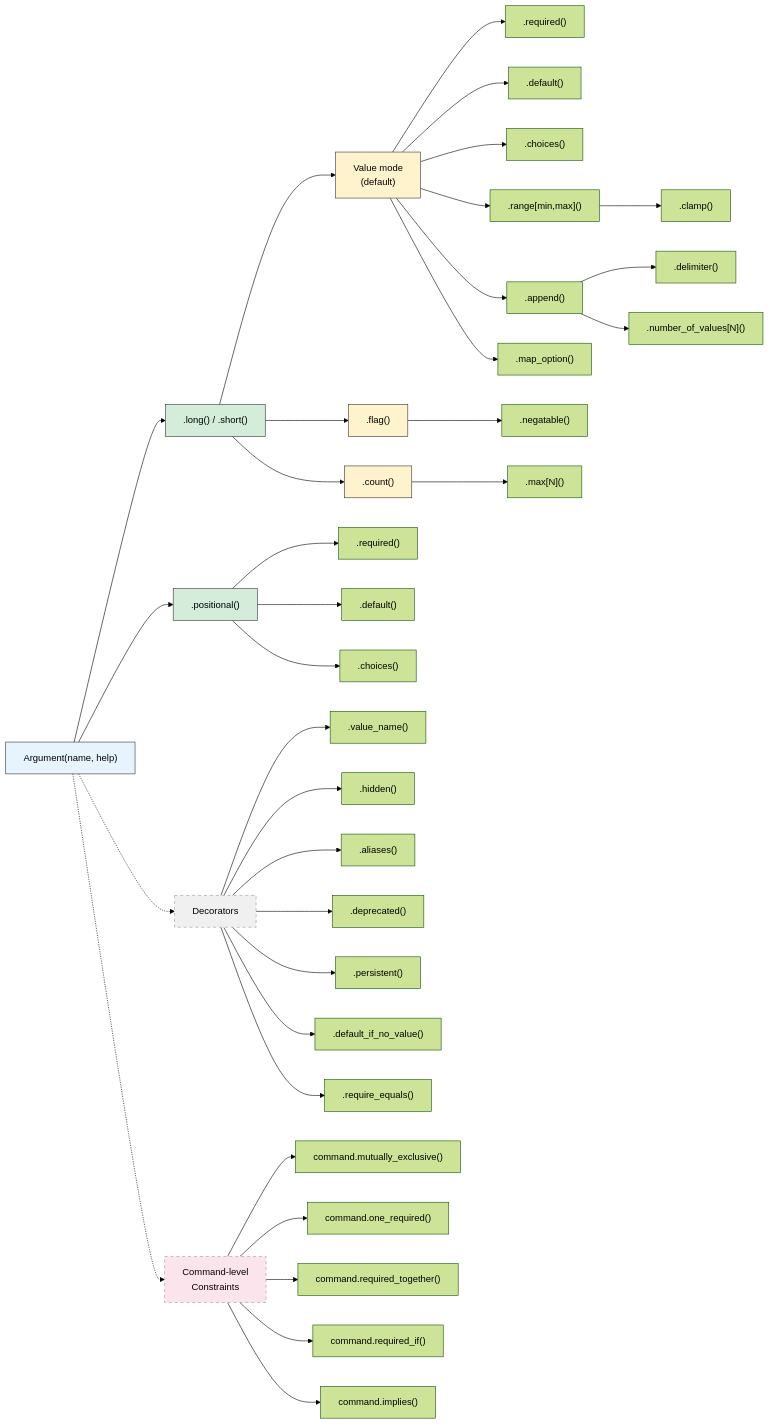
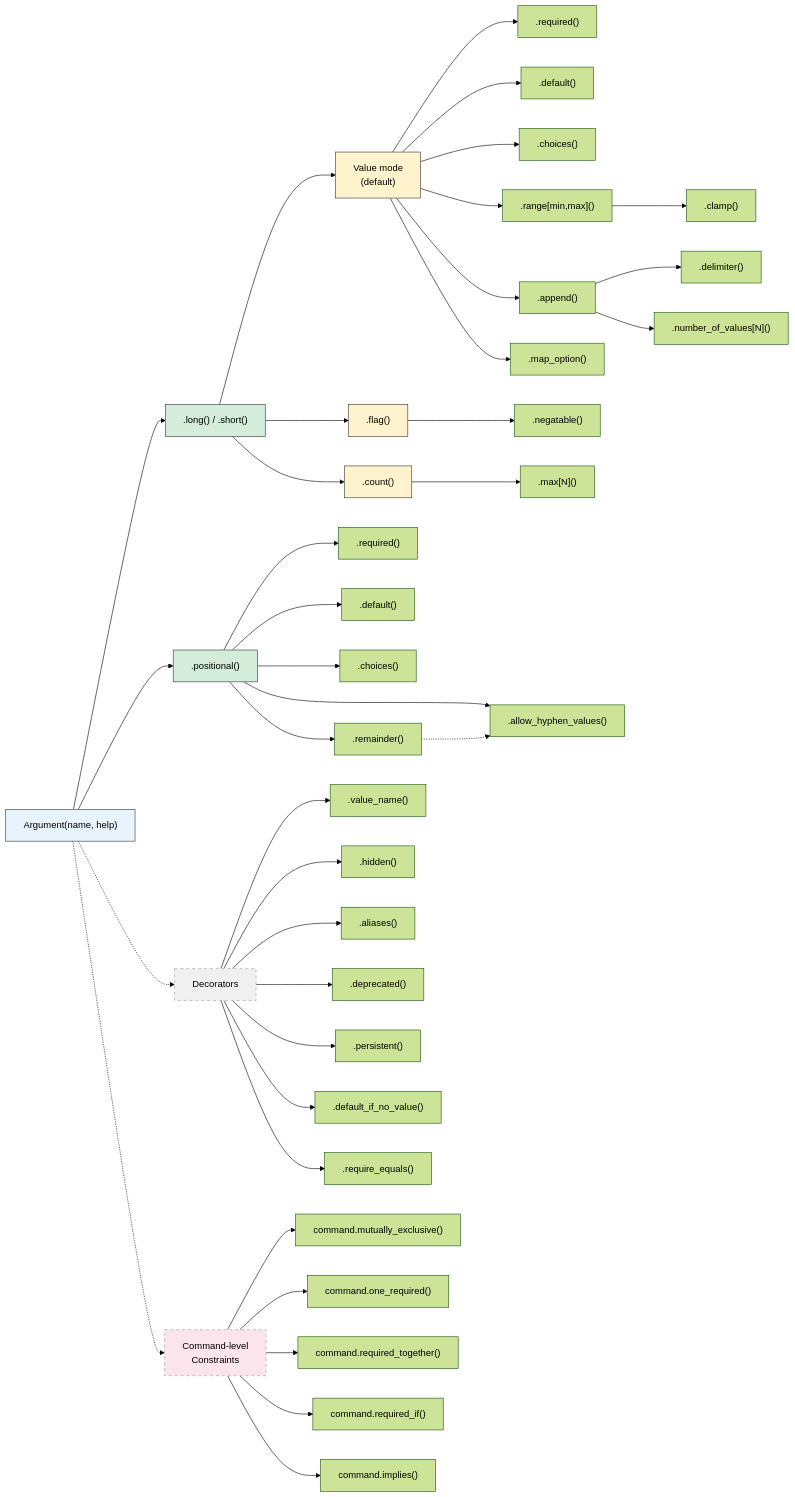
Before and after one commit to forfudan/argmojo: the diagram in docs/user_manual.md, drawn with Mermaid (forest theme). The commit also changed other lines of this file and 4 other files, not shown here.

````diff
--- a/docs/user_manual.md
+++ b/docs/user_manual.md
@@ -1116,53 +1119,56 @@
 ```mermaid
 flowchart LR
     ARG["Argument(name, help)"]
 
     ARG --> NAMED[".long() / .short()"]
     ARG --> POS[".positional()"]
 
     NAMED --> VAL["Value mode\n(default)"]
     NAMED --> FLAG[".flag()"]
     NAMED --> COUNT[".count()"]
 
     VAL --> req1[".required()"]
     VAL --> def1[".default()"]
     VAL --> cho1[".choices()"]
     VAL --> rng[".range[min,max]()"]
     rng --> clp[".clamp()"]
     VAL --> app[".append()"]
     app --> delim[".delimiter()"]
     app --> nvals[".number_of_values[N]()"]
     VAL --> mapopt[".map_option()"]
 
     FLAG --> neg[".negatable()"]
     COUNT --> maxn[".max[N]()"]
 
     POS --> req2[".required()"]
     POS --> def2[".default()"]
     POS --> cho2[".choices()"]
+    POS --> ahv[".allow_hyphen_values()"]
+    POS --> rem[".remainder()"]
+    rem -.-> ahv
 
     ARG -.-> DEC["Decorators"]
     DEC --> meta[".value_name()"]
     DEC --> hid[".hidden()"]
     DEC --> ali[".aliases()"]
     DEC --> dep[".deprecated()"]
     DEC --> per[".persistent()"]
     DEC --> dinv[".default_if_no_value()"]
     DEC --> reqeq[".require_equals()"]
 
     ARG -.-> CMDCON["Command-level\nConstraints"]
     CMDCON --> mutex["command.mutually_exclusive()"]
     CMDCON --> onereq["command.one_required()"]
     CMDCON --> reqtog["command.required_together()"]
     CMDCON --> reqif["command.required_if()"]
     CMDCON --> imp["command.implies()"]
 
     style ARG fill:#e8f4fd,stroke:#333
     style NAMED fill:#d4edda,stroke:#333
     style POS fill:#d4edda,stroke:#333
     style FLAG fill:#fff3cd,stroke:#333
     style COUNT fill:#fff3cd,stroke:#333
     style VAL fill:#fff3cd,stroke:#333
     style DEC fill:#f0f0f0,stroke:#999,stroke-dasharray: 5 5
     style CMDCON fill:#fce4ec,stroke:#999,stroke-dasharray: 5 5
 ```
````
